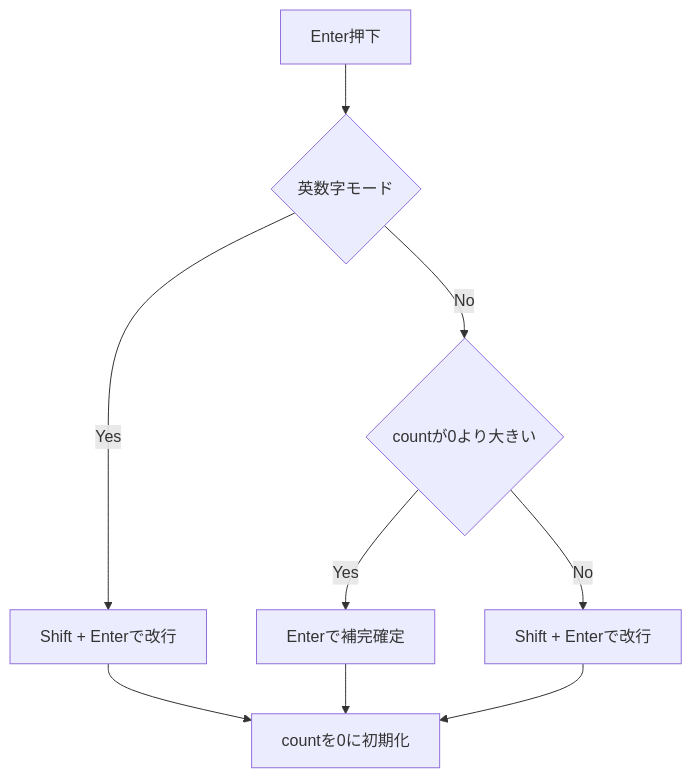
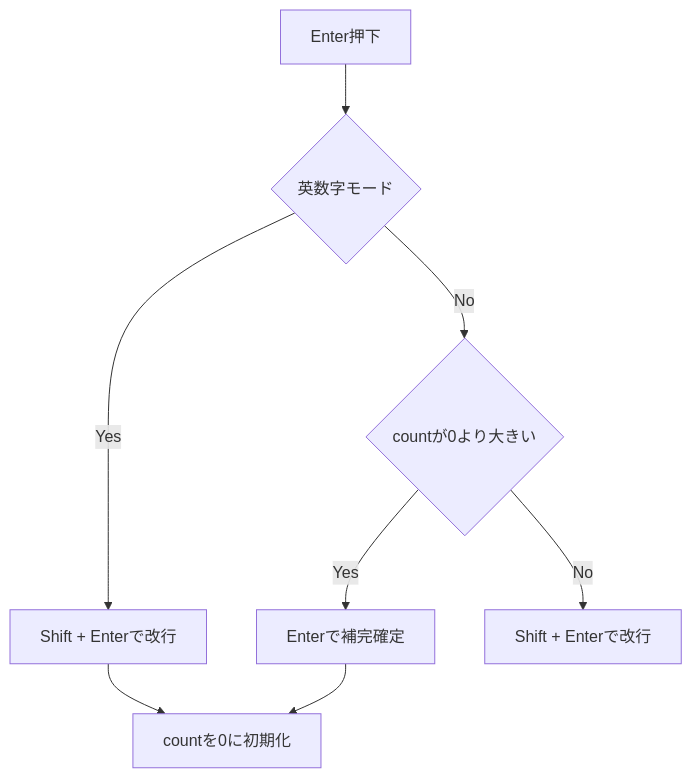
Before and after one commit to clumsy-ug/zenn-contents: the second of 2 diagrams in articles/60fd71fac312e2.md, drawn with Mermaid.

Commit message:
不要な矢印を削除

````diff
--- a/articles/60fd71fac312e2.md
+++ b/articles/60fd71fac312e2.md
@@ -223,11 +223,10 @@
 ```mermaid
 flowchart TD
     A[Enter押下] --> B{英数字モード}
     B -->|Yes| C[Shift + Enterで改行]
     B -->|No| D{countが0より大きい}
     D -->|Yes| E[Enterで補完確定]
     D -->|No| F[Shift + Enterで改行]
     C --> G["countを0に初期化"]
     E --> G
-    F --> G
 ```
````
